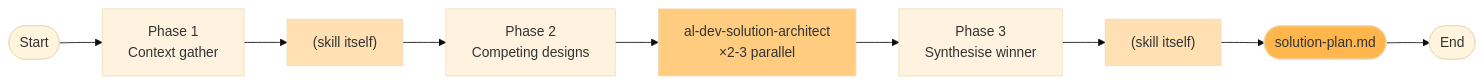
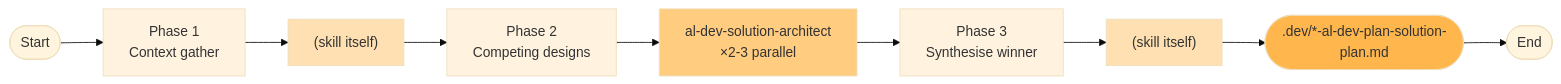
One commit to russell-laing/al-dev-shared changed the fifth of 18 diagrams in docs/al-dev-plugin-map.md. Above: the diagram before and after it, drawn with Mermaid (base theme). The commit also changed other lines of this file, not shown here.

First line of the commit message:
docs: fix technical accuracy in al-dev-plugin-map diagrams and suggestions

````diff
--- a/docs/al-dev-plugin-map.md
+++ b/docs/al-dev-plugin-map.md
@@ -195,19 +187,19 @@
 ```mermaid
 flowchart LR
     Start([Start]) --> Phase1["Phase 1<br/>Context gather"]
     Phase1 --> SkillWork1["(skill itself)"]
     SkillWork1 --> Phase2["Phase 2<br/>Competing designs"]
     Phase2 --> ArchAgents["al-dev-solution-architect<br/>×2-3 parallel"]
     ArchAgents --> Phase3["Phase 3<br/>Synthesise winner"]
     Phase3 --> SkillWork2["(skill itself)"]
-    SkillWork2 --> Output1(["solution-plan.md"])
+    SkillWork2 --> Output1([".dev/*-al-dev-plan-solution-plan.md"])
     Output1 --> End([End])
 
     style Phase1 fill:#fff3e0
     style Phase2 fill:#fff3e0
     style Phase3 fill:#fff3e0
     style SkillWork1 fill:#ffe0b2
     style SkillWork2 fill:#ffe0b2
     style ArchAgents fill:#ffcc80
     style Output1 fill:#ffb74d
 ```
````
